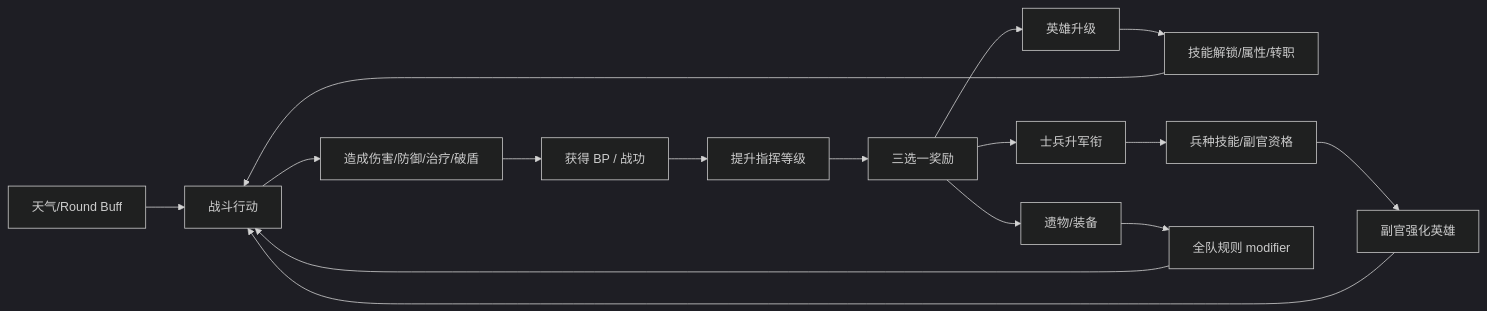
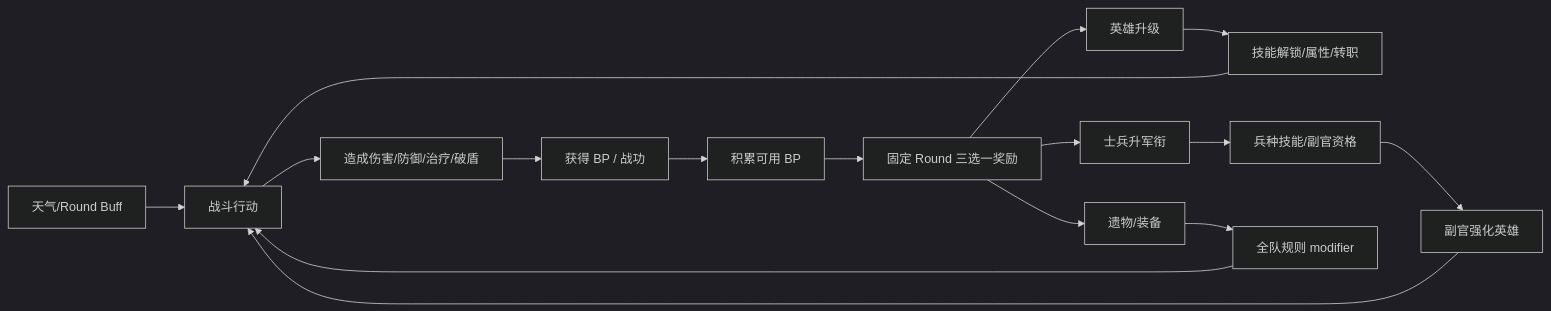
Before and after one commit to Bracer9/DemoCardGame: the diagram in reference/TinyPixelFights_GDD_Brainwriting_20260627.md, drawn with Mermaid (dark theme). The commit also changed other lines of this file and 9 other files, not shown here.

````diff
--- a/reference/TinyPixelFights_GDD_Brainwriting_20260627.md
+++ b/reference/TinyPixelFights_GDD_Brainwriting_20260627.md
@@ -1084,18 +1049,18 @@
 ```mermaid
 flowchart LR
   A[战斗行动] --> B[造成伤害/防御/治疗/破盾]
   B --> C[获得 BP / 战功]
-  C --> D[提升指挥等级]
-  D --> E[三选一奖励]
+  C --> D[积累可用 BP]
+  D --> E[固定 Round 三选一奖励]
   E --> F[英雄升级]
   E --> G[士兵升军衔]
   E --> H[遗物/装备]
   F --> I[技能解锁/属性/转职]
   G --> J[兵种技能/副官资格]
   J --> K[副官强化英雄]
   H --> L[全队规则 modifier]
   I --> A
   K --> A
   L --> A
   M[天气/Round Buff] --> A
 ```
````
